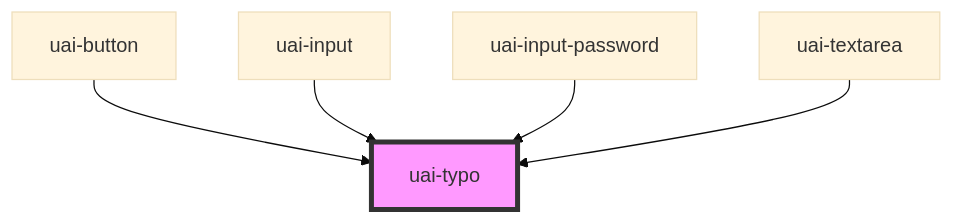
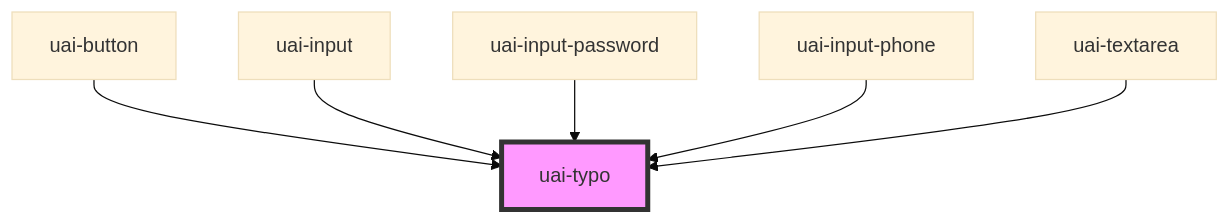
Before and after one commit to takenet/blip-ds: the diagram in src/components/uai-typo/readme.md, drawn with Mermaid (base theme). The commit also changed other lines of this file and 17 other files, not shown here.

First line of the commit message:
feat(uai-input-phone): add the UAI phone input

````diff
--- a/src/components/uai-typo/readme.md
+++ b/src/components/uai-typo/readme.md
@@ -53,8 +54,9 @@
 ```mermaid
 graph TD;
   uai-button --> uai-typo
   uai-input --> uai-typo
   uai-input-password --> uai-typo
+  uai-input-phone --> uai-typo
   uai-textarea --> uai-typo
   style uai-typo fill:#f9f,stroke:#333,stroke-width:4px
 ```
````
